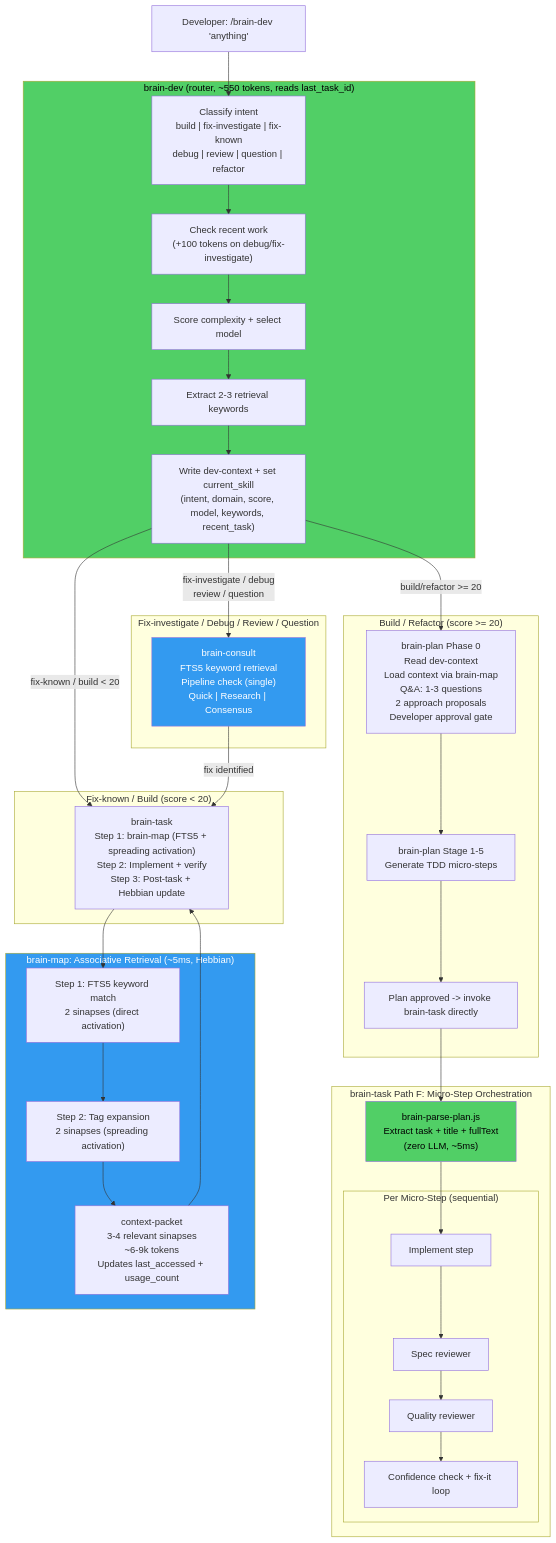
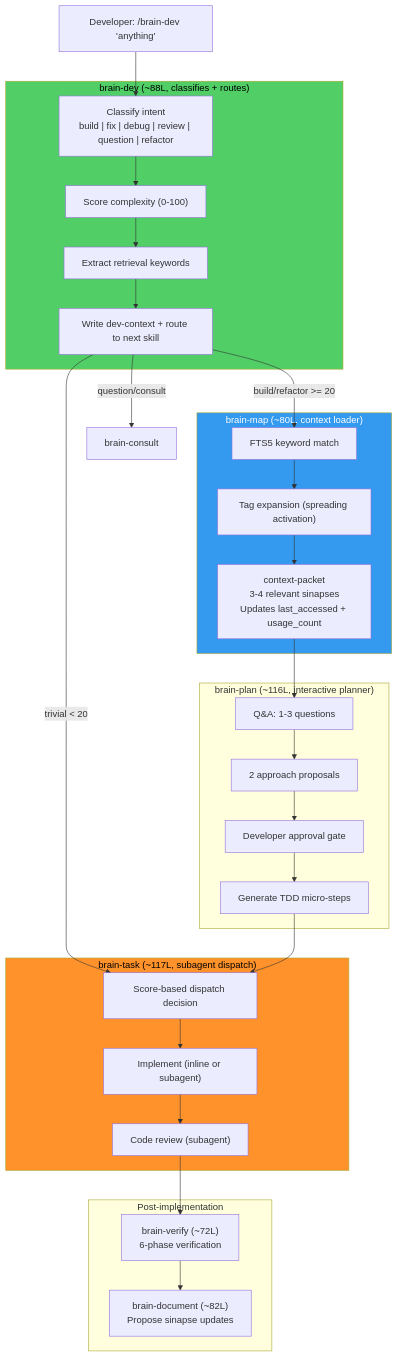
One commit to leandrotcawork/forgeflow-mini changed the diagram in README.md. Above: the diagram before and after it, drawn with Mermaid. The commit also changed other lines of this file, not shown here.

Commit message:
docs(v2): update README.md for v2.0.0 — 9 skills, 2 hooks, hybrid subagent model

````diff
--- a/README.md
+++ b/README.md
@@ -405,63 +406,51 @@
 ```mermaid
 flowchart TB
     USER["Developer: /brain-dev 'anything'"]
 
-    subgraph BRAINDEV["brain-dev (router, ~550 tokens, reads last_task_id)"]
-        CL["Classify intent<br/>build | fix-investigate | fix-known<br/>debug | review | question | refactor"]
-        SA["Check recent work<br/>(+100 tokens on debug/fix-investigate)"]
-        SC["Score complexity + select model"]
-        KW["Extract 2-3 retrieval keywords"]
-        DC["Write dev-context + set current_skill<br/>(intent, domain, score, model, keywords, recent_task)"]
+    subgraph BRAINDEV["brain-dev (~88L, classifies + routes)"]
+        CL["Classify intent<br/>build | fix | debug | review | question | refactor"]
+        SC["Score complexity (0-100)"]
+        KW["Extract retrieval keywords"]
+        DC["Write dev-context + route to next skill"]
     end
 
-    subgraph PLAN_PATH["Build / Refactor (score >= 20)"]
-        BP0["brain-plan Phase 0<br/>Read dev-context<br/>Load context via brain-map<br/>Q&A: 1-3 questions<br/>2 approach proposals<br/>Developer approval gate"]
-        BP1["brain-plan Stage 1-5<br/>Generate TDD micro-steps"]
-        PLAN["Plan approved -> invoke brain-task directly"]
+    subgraph CONTEXT["brain-map (~80L, context loader)"]
+        FTS["FTS5 keyword match"]
+        SPREAD["Tag expansion (spreading activation)"]
+        CTX["context-packet<br/>3-4 relevant sinapses<br/>Updates last_accessed + usage_count"]
     end
 
-    subgraph EXECUTE["brain-task Path F: Micro-Step Orchestration"]
-        PARSE["brain-parse-plan.js<br/>Extract task + title + fullText<br/>(zero LLM, ~5ms)"]
-
-        subgraph PERTASK["Per Micro-Step (sequential)"]
-            IMPL["Implement step"]
-            SPECR["Spec reviewer"]
-            QUALR["Quality reviewer"]
-            CONFR["Confidence check + fix-it loop"]
-        end
+    subgraph PLAN_PATH["brain-plan (~116L, interactive planner)"]
+        QA["Q&A: 1-3 questions"]
+        APPROACH["2 approach proposals"]
+        APPROVE["Developer approval gate"]
+        STEPS["Generate TDD micro-steps"]
     end
 
-    subgraph CONSULT_PATH["Fix-investigate / Debug / Review / Question"]
-        BC["brain-consult<br/>FTS5 keyword retrieval<br/>Pipeline check (single)<br/>Quick | Research | Consensus"]
+    subgraph EXECUTE["brain-task (~117L, subagent dispatch)"]
+        DISPATCH["Score-based dispatch decision"]
+        IMPL["Implement (inline or subagent)"]
+        REVIEW["Code review (subagent)"]
     end
 
-    subgraph TASK_DIRECT["Fix-known / Build (score < 20)"]
-        BT["brain-task<br/>Step 1: brain-map (FTS5 + spreading activation)<br/>Step 2: Implement + verify<br/>Step 3: Post-task + Hebbian update"]
+    subgraph POST["Post-implementation"]
+        VERIFY["brain-verify (~72L)<br/>6-phase verification"]
+        DOC["brain-document (~82L)<br/>Propose sinapse updates"]
     end
 
-    subgraph BRAINMAP["brain-map: Associative Retrieval (~5ms, Hebbian)"]
-        FTS["Step 1: FTS5 keyword match<br/>2 sinapses (direct activation)"]
-        SPREAD["Step 2: Tag expansion<br/>2 sinapses (spreading activation)"]
-        CTX["context-packet<br/>3-4 relevant sinapses<br/>~6-9k tokens<br/>Updates last_accessed + usage_count"]
-    end
+    USER --> CL --> SC --> KW --> DC
 
-    USER --> CL --> SA --> SC --> KW --> DC
+    DC -->|"build/refactor >= 20"| FTS
+    DC -->|"trivial < 20"| DISPATCH
+    DC -->|"question/consult"| CONSULT["brain-consult"]
 
-    DC -->|"build/refactor >= 20"| BP0
-    DC -->|"fix-known / build < 20"| BT
-    DC -->|"fix-investigate / debug<br/>review / question"| BC
+    FTS --> SPREAD --> CTX
+    CTX --> QA --> APPROACH --> APPROVE --> STEPS
+    STEPS --> DISPATCH --> IMPL --> REVIEW
 
-    BP0 --> BP1 --> PLAN --> PARSE --> IMPL
-    IMPL --> SPECR --> QUALR --> CONFR
-
-    BC -->|"fix identified"| BT
-
-    BT --> FTS
-    FTS --> SPREAD --> CTX
-    CTX --> BT
+    REVIEW --> VERIFY --> DOC
 
     style BRAINDEV fill:#51cf66,color:#000
-    style BRAINMAP fill:#339af0,color:#fff
-    style PARSE fill:#51cf66,color:#000
-    style BC fill:#339af0,color:#fff
+    style CONTEXT fill:#339af0,color:#fff
+    style EXECUTE fill:#ff922b,color:#000
 ```
````
